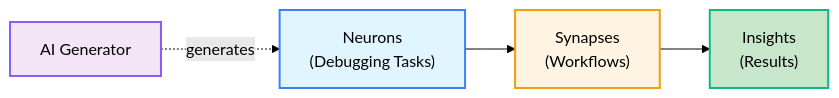
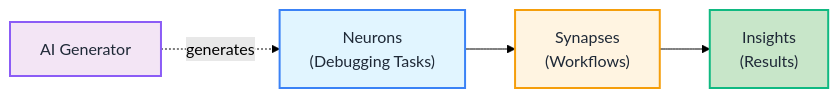
One commit to mailprak/cortex changed the first of 6 diagrams in README.md. Above: the diagram before and after it, drawn with Mermaid (forest theme). The commit also changed other lines of this file and 3 other files, not shown here.

First line of the commit message:
fix(docs): improve Mermaid diagram text visibility with dark color

````diff
--- a/README.md
+++ b/README.md
@@ -35,11 +35,11 @@
 ```mermaid
 flowchart LR
     A["Neurons<br/>(Debugging Tasks)"] --> B["Synapses<br/>(Workflows)"]
     B --> C["Insights<br/>(Results)"]
     D["AI Generator"] -.->|generates| A
 
-    style A fill:#e1f5ff,stroke:#3b82f6,stroke-width:2px
-    style B fill:#fff4e1,stroke:#f59e0b,stroke-width:2px
-    style C fill:#c8e6c9,stroke:#10b981,stroke-width:2px
-    style D fill:#f3e5f5,stroke:#8b5cf6,stroke-width:2px
+    style A fill:#e1f5ff,stroke:#3b82f6,stroke-width:2px,color:#1f2937
+    style B fill:#fff4e1,stroke:#f59e0b,stroke-width:2px,color:#1f2937
+    style C fill:#c8e6c9,stroke:#10b981,stroke-width:2px,color:#1f2937
+    style D fill:#f3e5f5,stroke:#8b5cf6,stroke-width:2px,color:#1f2937
 ```
````
